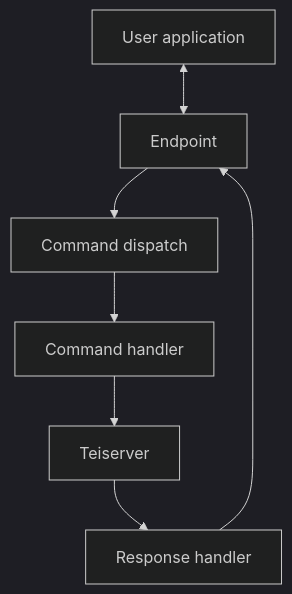
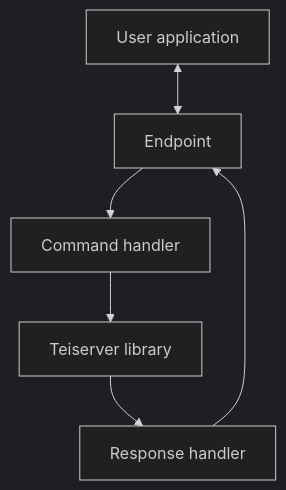
One commit to Teifion/teiserver changed the first of 3 diagrams in documentation/guides/program_structure.md. Above: the diagram before and after it, drawn with Mermaid (dark theme). The commit also changed other lines of this file and 13 other files, not shown here.

````diff
--- a/documentation/guides/program_structure.md
+++ b/documentation/guides/program_structure.md
@@ -6,9 +6,8 @@
 ```mermaid
 graph TD;
     app[User application] <--> Endpoint;
-    Endpoint --> CommandIn[Command dispatch];
-    CommandIn --> HandleIn[Command handler];
-    HandleIn --> Teiserver;
+    Endpoint --> CommandIn[Command handler];
+    CommandIn --> Teiserver[Teiserver library];
     Teiserver --> HandleOut[Response handler];
     HandleOut --> Endpoint;
 ```
````
